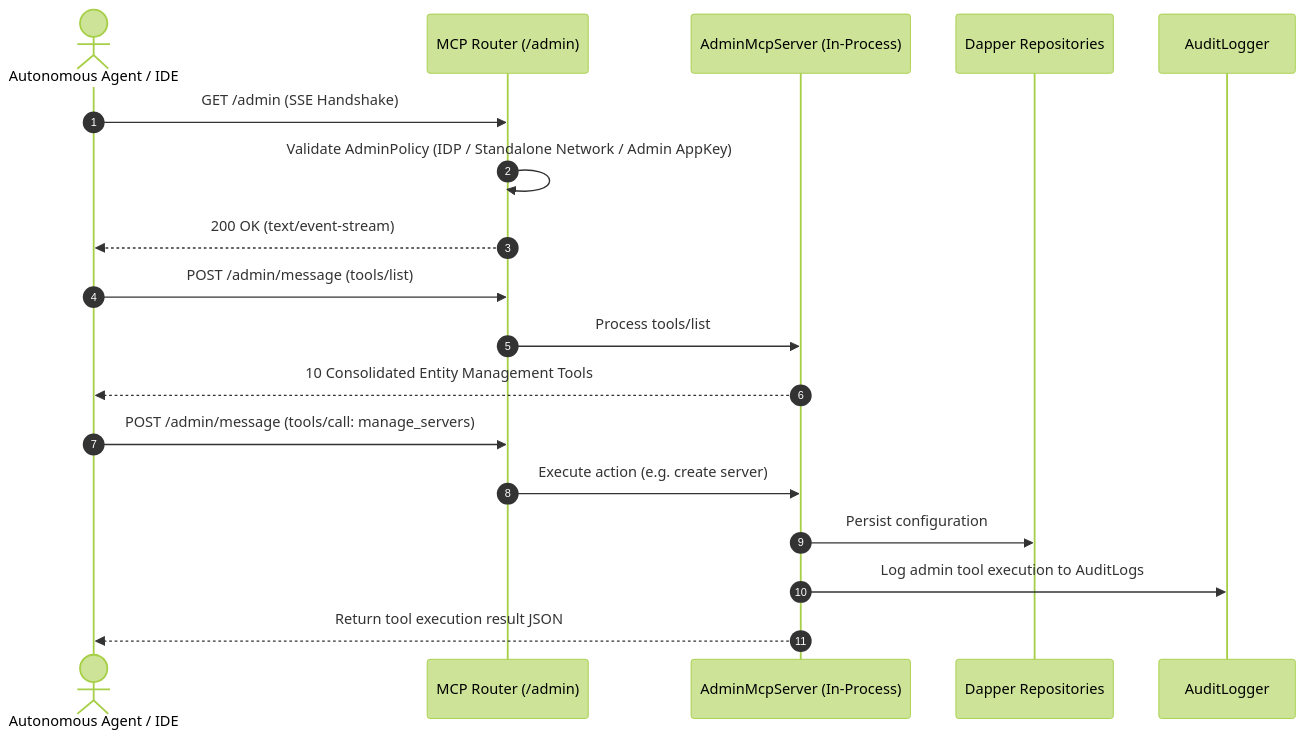
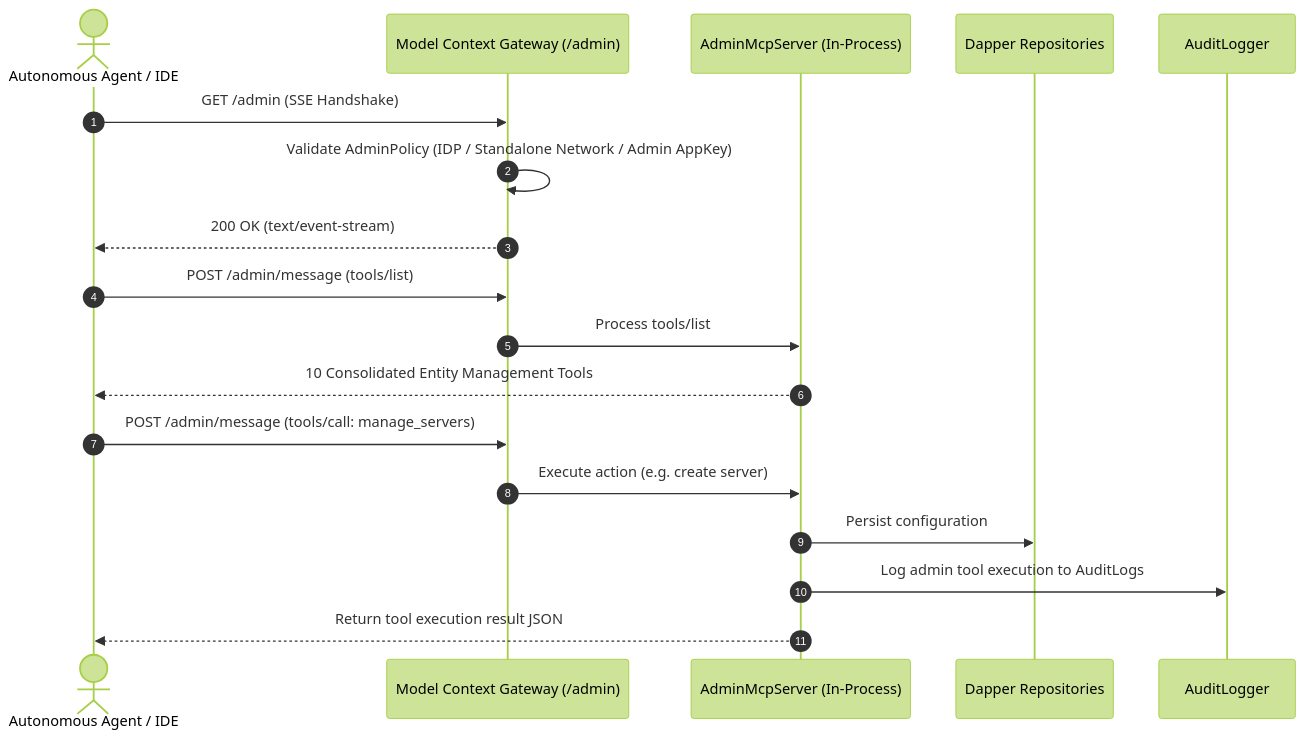
The fourth of 5 diagrams in ARCHITECTURE.md (spelech/CSharp-MCP-Router), drawn with Mermaid (forest theme) before and after one commit. The commit also changed other lines of this file and 23 other files, not shown here.

Commit message:
docs: comprehensive documentation and screenshot update for Model Context Gateway (MCG)

````diff
--- a/ARCHITECTURE.md
+++ b/ARCHITECTURE.md
@@ -143,21 +143,21 @@
 ```mermaid
 sequenceDiagram
     autonumber
     actor Agent as Autonomous Agent / IDE
-    participant Router as MCP Router (/admin)
+    participant Router as Model Context Gateway (/admin)
     participant AdminServer as AdminMcpServer (In-Process)
     participant Repos as Dapper Repositories
     participant Audit as AuditLogger
 
     Agent->>Router: GET /admin (SSE Handshake)
     Router->>Router: Validate AdminPolicy (IDP / Standalone Network / Admin AppKey)
     Router-->>Agent: 200 OK (text/event-stream)
     Agent->>Router: POST /admin/message (tools/list)
     Router->>AdminServer: Process tools/list
     AdminServer-->>Agent: 10 Consolidated Entity Management Tools
     Agent->>Router: POST /admin/message (tools/call: manage_servers)
     Router->>AdminServer: Execute action (e.g. create server)
     AdminServer->>Repos: Persist configuration
     AdminServer->>Audit: Log admin tool execution to AuditLogs
     AdminServer-->>Agent: Return tool execution result JSON
 ```
````
